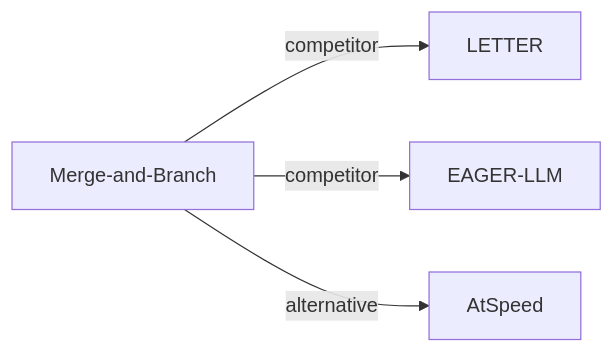
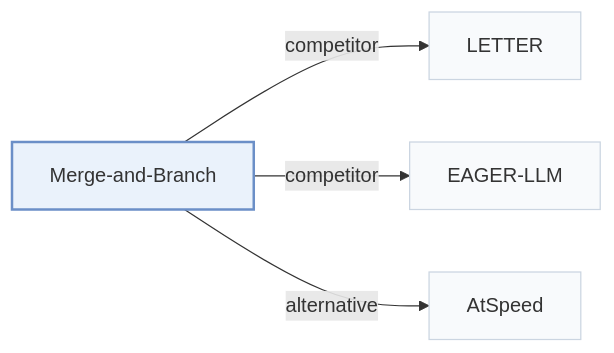
Before and after one commit to Galaxy-ghost/Awesome-SID-Generative-Rec: the second of 2 diagrams in pages/papers/merge-and-branch.md, drawn with Mermaid. The commit also changed other lines of this file and 649 other files, not shown here.

Commit message:
writer-05: also tags and modality index (schema, check, build, visuals); summary field removed; calibration data for 12 papers

````diff
--- a/pages/papers/merge-and-branch.md
+++ b/pages/papers/merge-and-branch.md
@@ -68,7 +74,11 @@
 ```mermaid
 flowchart LR
     P["Merge-and-Branch"]
-    P -->|competitor| A["LETTER"]
-    P -->|competitor| B["EAGER-LLM"]
-    P -->|alternative| C["AtSpeed"]
+    P -->|"competitor"| A["LETTER"]
+    P -->|"competitor"| B["EAGER-LLM"]
+    P -->|"alternative"| C["AtSpeed"]
+    classDef main fill:#eaf2fb,stroke:#6b8fc7,stroke-width:2px
+    classDef peer fill:#f8fafc,stroke:#cbd5e1
+    class P main
+    class A,B,C peer
 ```
````
